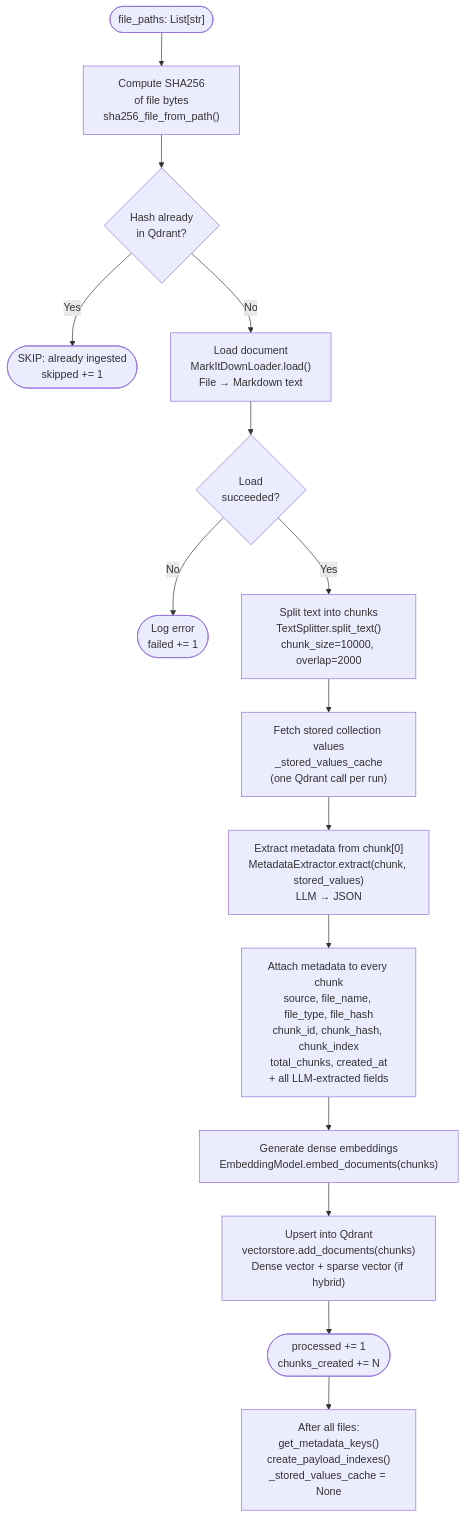
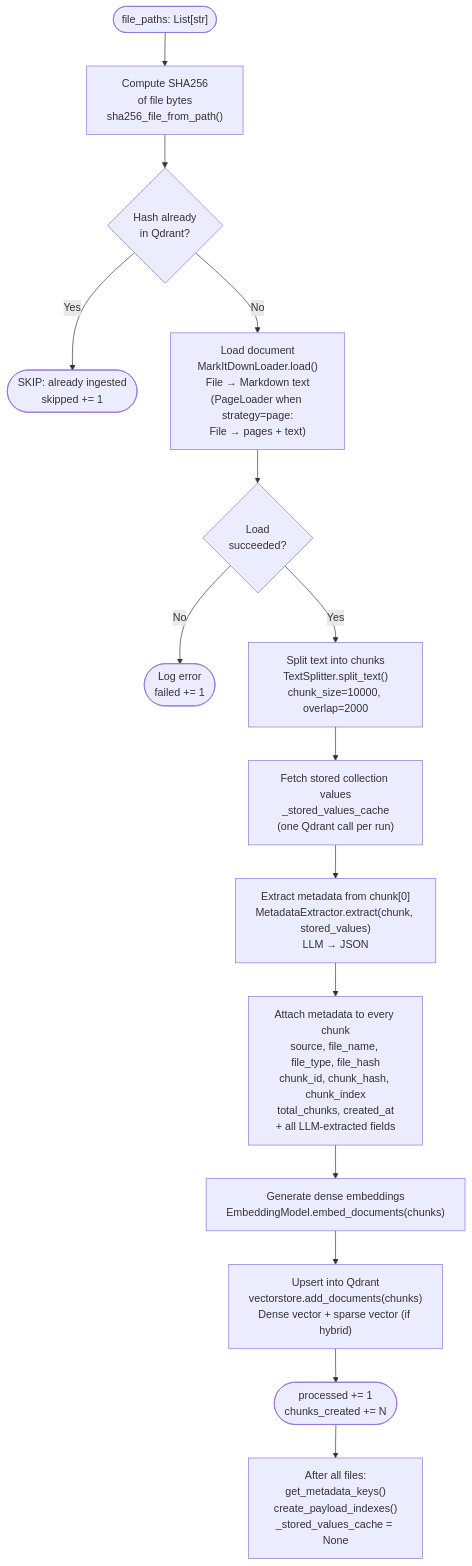
Before and after one commit to laxmimerit/RAGWire: the first of 4 diagrams in docs/architecture/ingestion_pipeline.md, drawn with Mermaid. The commit also changed other lines of this file and 9 other files, not shown here.

First line of the commit message:
Document the page splitter strategy

````diff
--- a/docs/architecture/ingestion_pipeline.md
+++ b/docs/architecture/ingestion_pipeline.md
@@ -9,34 +9,34 @@
 ```mermaid
 flowchart TD
     A(["file_paths: List[str]"]) --> B
 
     B["Compute SHA256\nof file bytes\nsha256_file_from_path()"]
     B --> C{Hash already\nin Qdrant?}
 
     C -->|Yes| SKIP(["SKIP: already ingested\nskipped += 1"])
     C -->|No| D
 
-    D["Load document\nMarkItDownLoader.load()\nFile → Markdown text"]
+    D["Load document\nMarkItDownLoader.load()\nFile → Markdown text\n(PageLoader when strategy=page:\nFile → pages + text)"]
     D --> E{Load\nsucceeded?}
 
     E -->|No| FAIL(["Log error\nfailed += 1"])
     E -->|Yes| F
 
     F["Split text into chunks\nTextSplitter.split_text()\nchunk_size=10000, overlap=2000"]
 
     F --> G["Fetch stored collection values\n_stored_values_cache\n(one Qdrant call per run)"]
 
     G --> H["Extract metadata from chunk[0]\nMetadataExtractor.extract(chunk, stored_values)\nLLM → JSON"]
 
     H --> I["Attach metadata to every chunk\nsource, file_name, file_type, file_hash\nchunk_id, chunk_hash, chunk_index\ntotal_chunks, created_at\n+ all LLM-extracted fields"]
 
     I --> J["Generate dense embeddings\nEmbeddingModel.embed_documents(chunks)"]
 
     J --> K["Upsert into Qdrant\nvectorstore.add_documents(chunks)\nDense vector + sparse vector (if hybrid)"]
 
     K --> DONE(["processed += 1\nchunks_created += N"])
 
     DONE --> POST
 
     POST["After all files:\nget_metadata_keys()\ncreate_payload_indexes()\n_stored_values_cache = None"]
 ```
````
